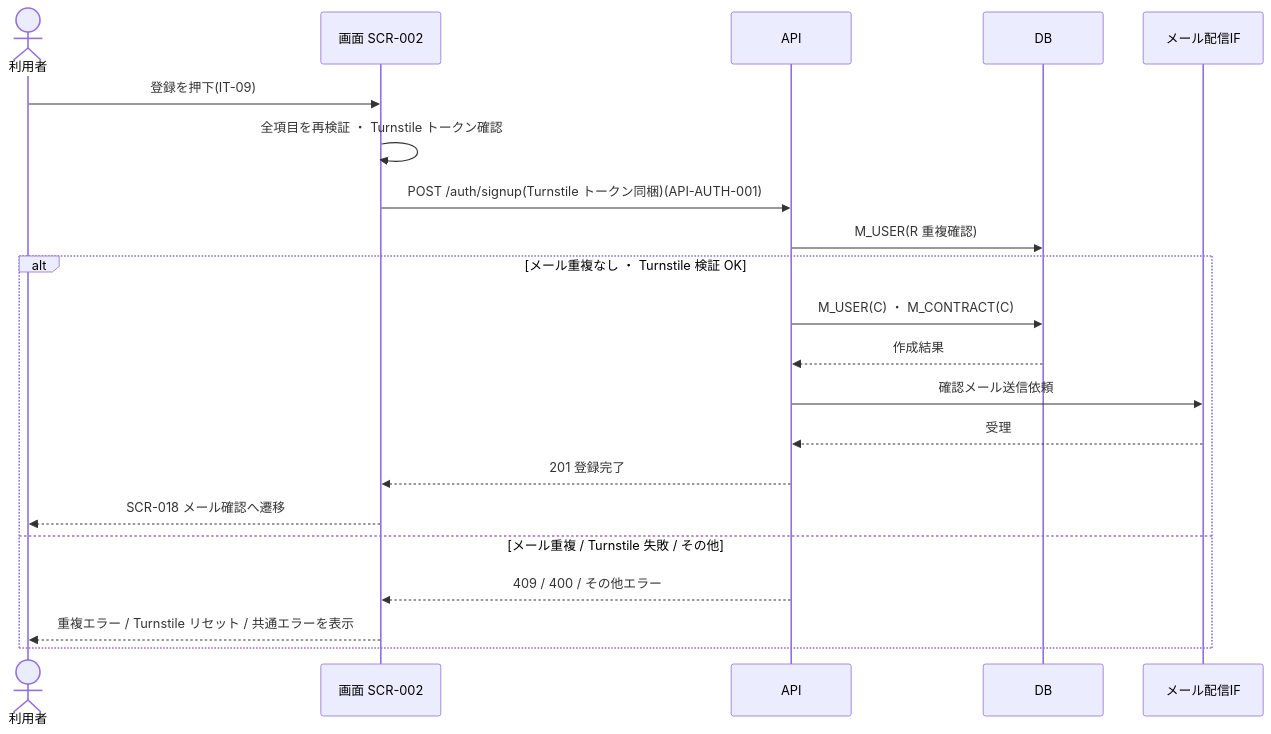
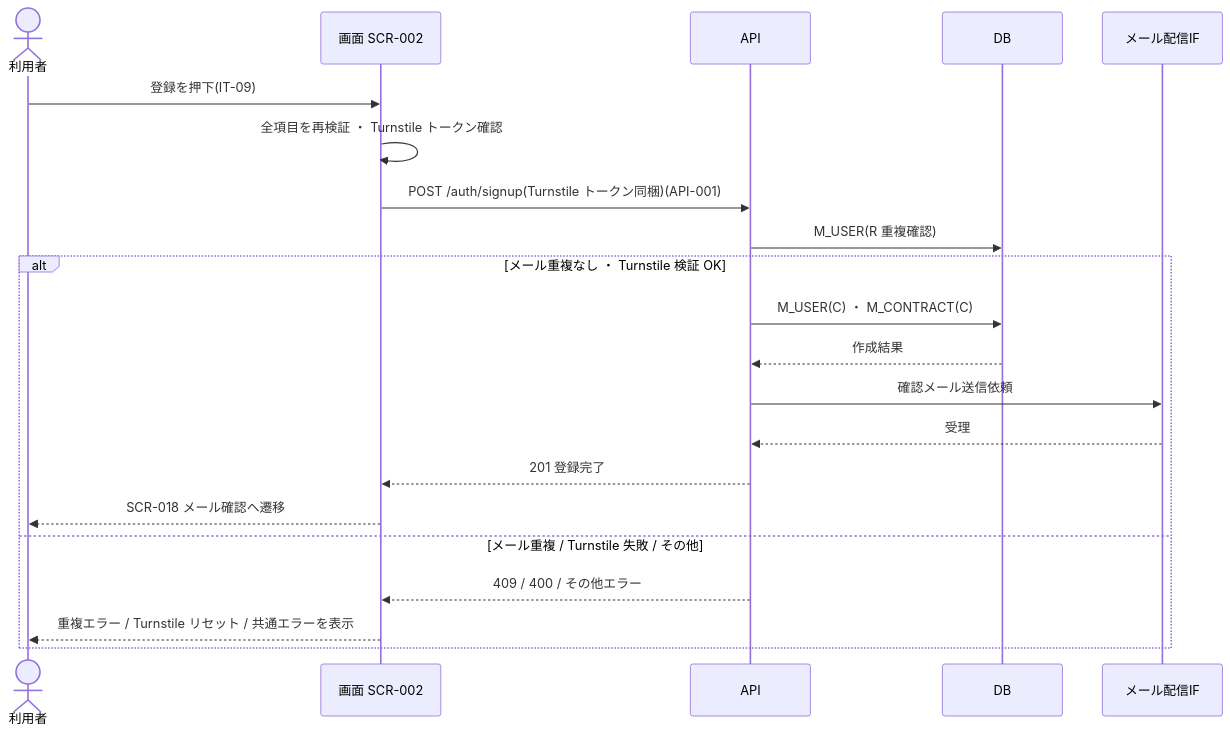
The diagram in 01_requirements/02_business_usecases/UC-016.md (sikakou54/open-faq), drawn with Mermaid before and after one commit. The commit also changed other lines of this file and 321 other files, not shown here.

````diff
--- a/01_requirements/02_business_usecases/UC-016.md
+++ b/01_requirements/02_business_usecases/UC-016.md
@@ -43,23 +43,23 @@
 ```mermaid
 sequenceDiagram
   actor U as 利用者
   participant S as 画面 SCR-002
   participant API as API
   participant DB as DB
   participant ML as メール配信IF
   U->>S: 登録を押下(IT-09)
   S->>S: 全項目を再検証 ・ Turnstile トークン確認
-  S->>API: POST /auth/signup(Turnstile トークン同梱)(API-AUTH-001)
+  S->>API: POST /auth/signup(Turnstile トークン同梱)(API-001)
   API->>DB: M_USER(R 重複確認)
   alt メール重複なし ・ Turnstile 検証 OK
     API->>DB: M_USER(C) ・ M_CONTRACT(C)
     DB-->>API: 作成結果
     API->>ML: 確認メール送信依頼
     ML-->>API: 受理
     API-->>S: 201 登録完了
     S-->>U: SCR-018 メール確認へ遷移
   else メール重複 / Turnstile 失敗 / その他
     API-->>S: 409 / 400 / その他エラー
     S-->>U: 重複エラー / Turnstile リセット / 共通エラーを表示
   end
 ```
````
